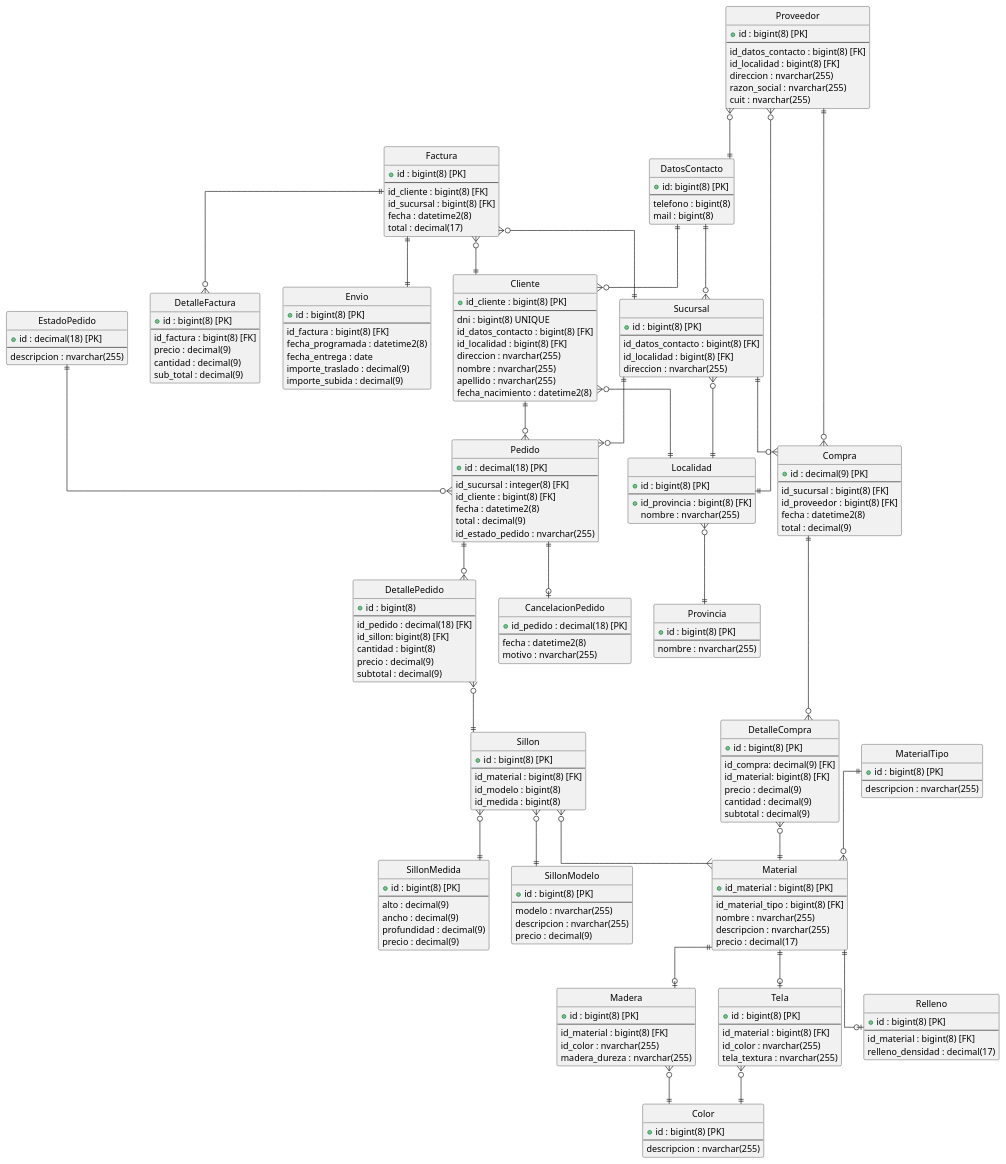
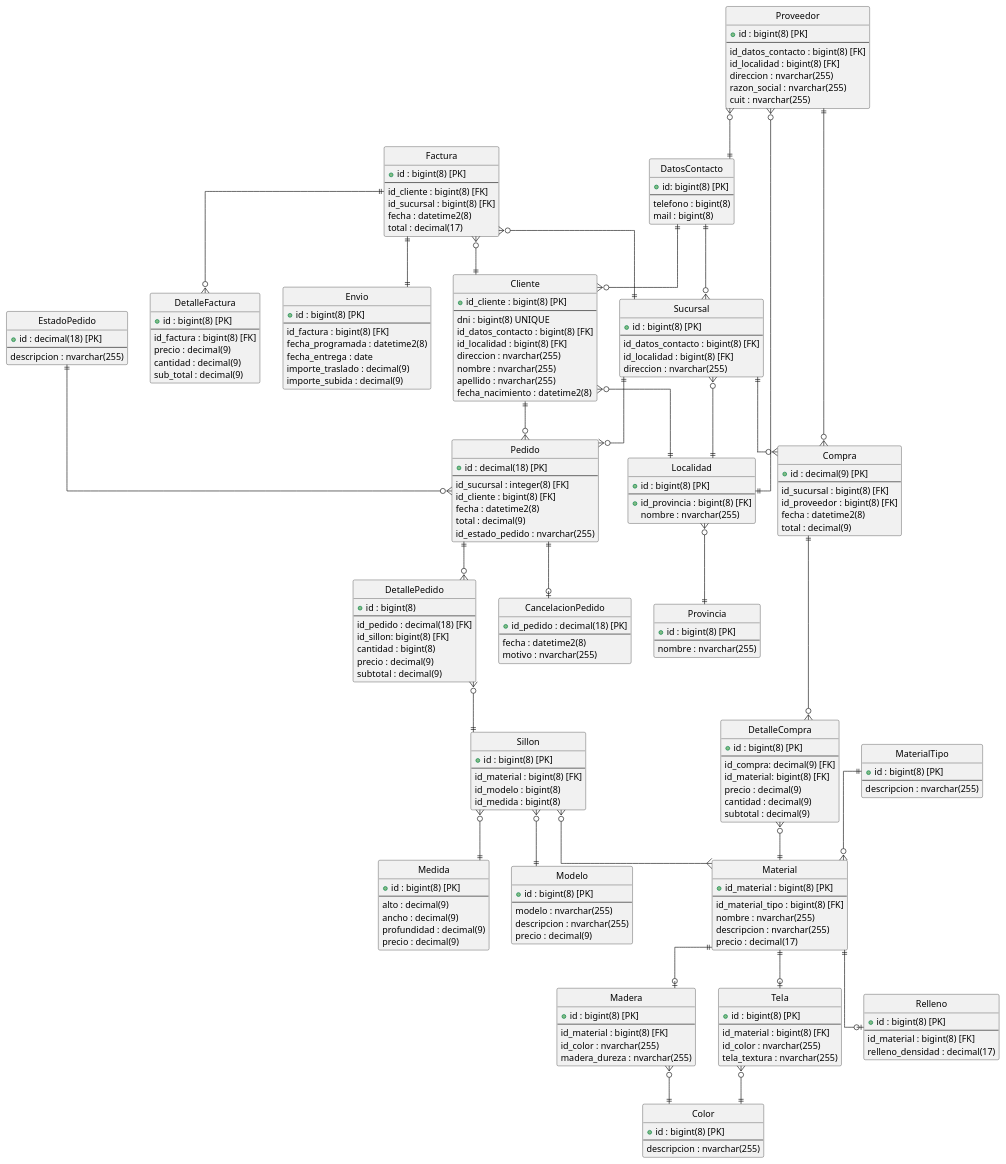
The diagram in der.puml (andrycarrasco/rejunte-sa-91), drawn with PlantUML before and after one commit.

Commit message:
se actualiza der

```diff
--- a/der.puml
+++ b/der.puml
@@ -89,7 +89,7 @@
   id_medida : bigint(8)
 }
 
-entity "SillonModelo" {
+entity "Modelo" {
   + id : bigint(8) [PK]
   --
   modelo : nvarchar(255)
@@ -97,7 +97,7 @@
   precio : decimal(9)
 }
 
-entity "SillonMedida" {
+entity "Medida" {
   + id : bigint(8) [PK]
   --
   alto : decimal(9)
@@ -239,8 +239,8 @@
 
 MaterialTipo||--o{Material
 
-Sillon }o--|| SillonModelo 
-Sillon }o--|| SillonMedida
+Sillon }o--|| Modelo 
+Sillon }o--|| Medida
 Sillon }o--{ Material
 Factura}o--||Cliente
 Factura}o--||Sucursal
```
